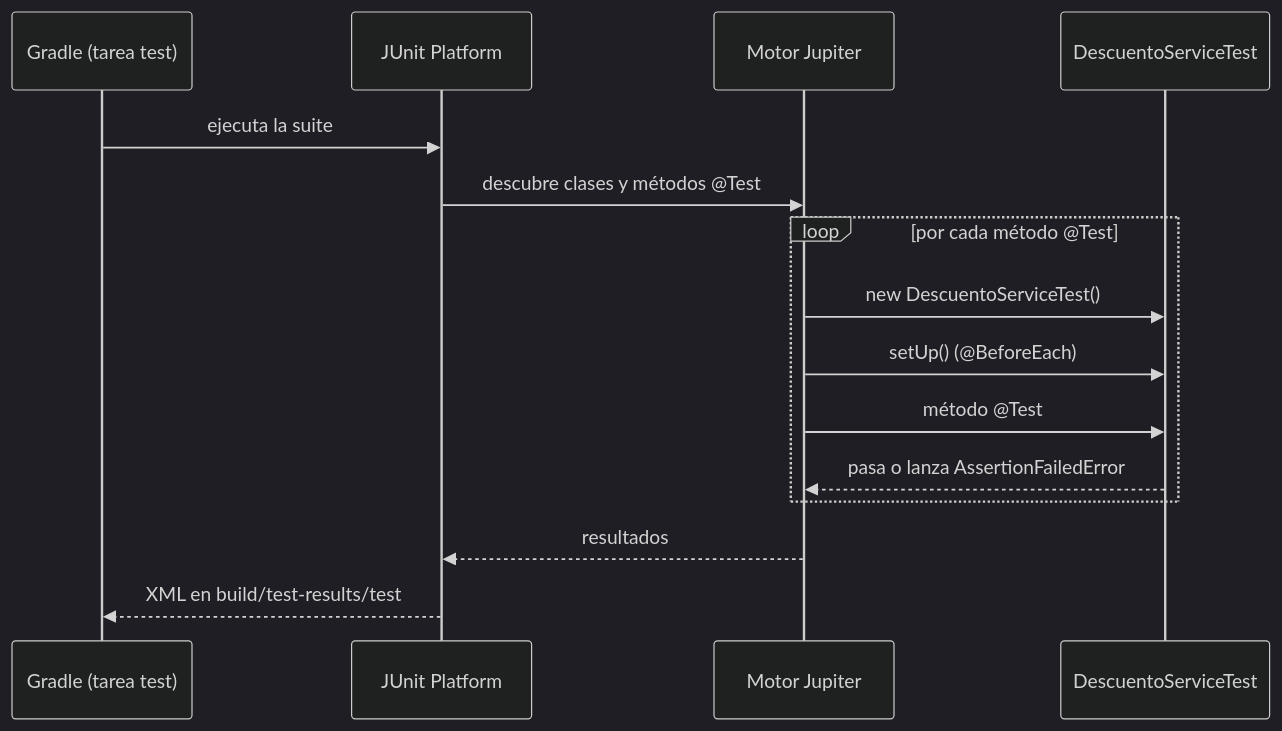
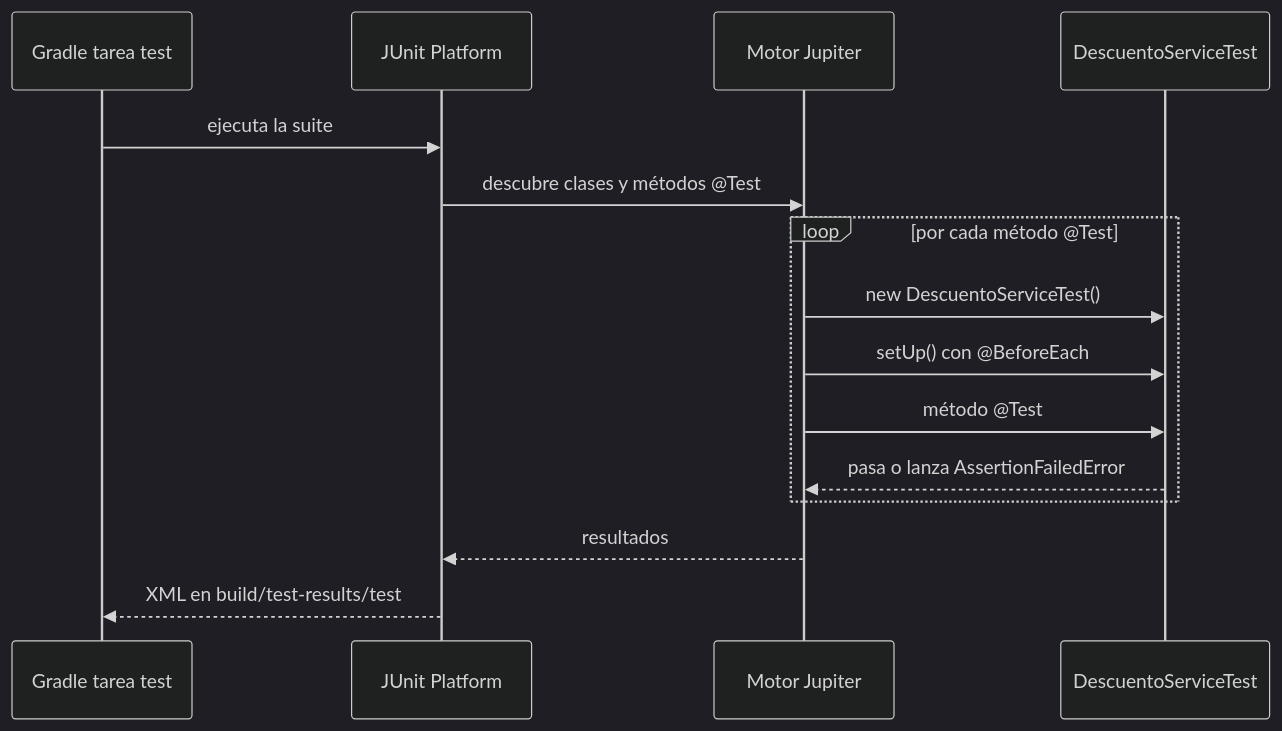
One commit to NICORUIZ93/The_Imperial_Book changed the first of 4 diagrams in web/public/content/java/modulo-9.md. Above: the diagram before and after it, drawn with Mermaid (dark theme). The commit also changed other lines of this file and 65 other files, not shown here.

````diff
--- a/web/public/content/java/modulo-9.md
+++ b/web/public/content/java/modulo-9.md
@@ -139,17 +161,17 @@
 ```mermaid
 sequenceDiagram
-  participant G as Gradle (tarea test)
+  participant G as Gradle tarea test
   participant P as JUnit Platform
   participant J as Motor Jupiter
   participant T as DescuentoServiceTest
   G->>P: ejecuta la suite
   P->>J: descubre clases y métodos @Test
   loop por cada método @Test
     J->>T: new DescuentoServiceTest()
-    J->>T: setUp() (@BeforeEach)
+    J->>T: setUp() con @BeforeEach
     J->>T: método @Test
     T-->>J: pasa o lanza AssertionFailedError
   end
   J-->>P: resultados
   P-->>G: XML en build/test-results/test
 ```
````
